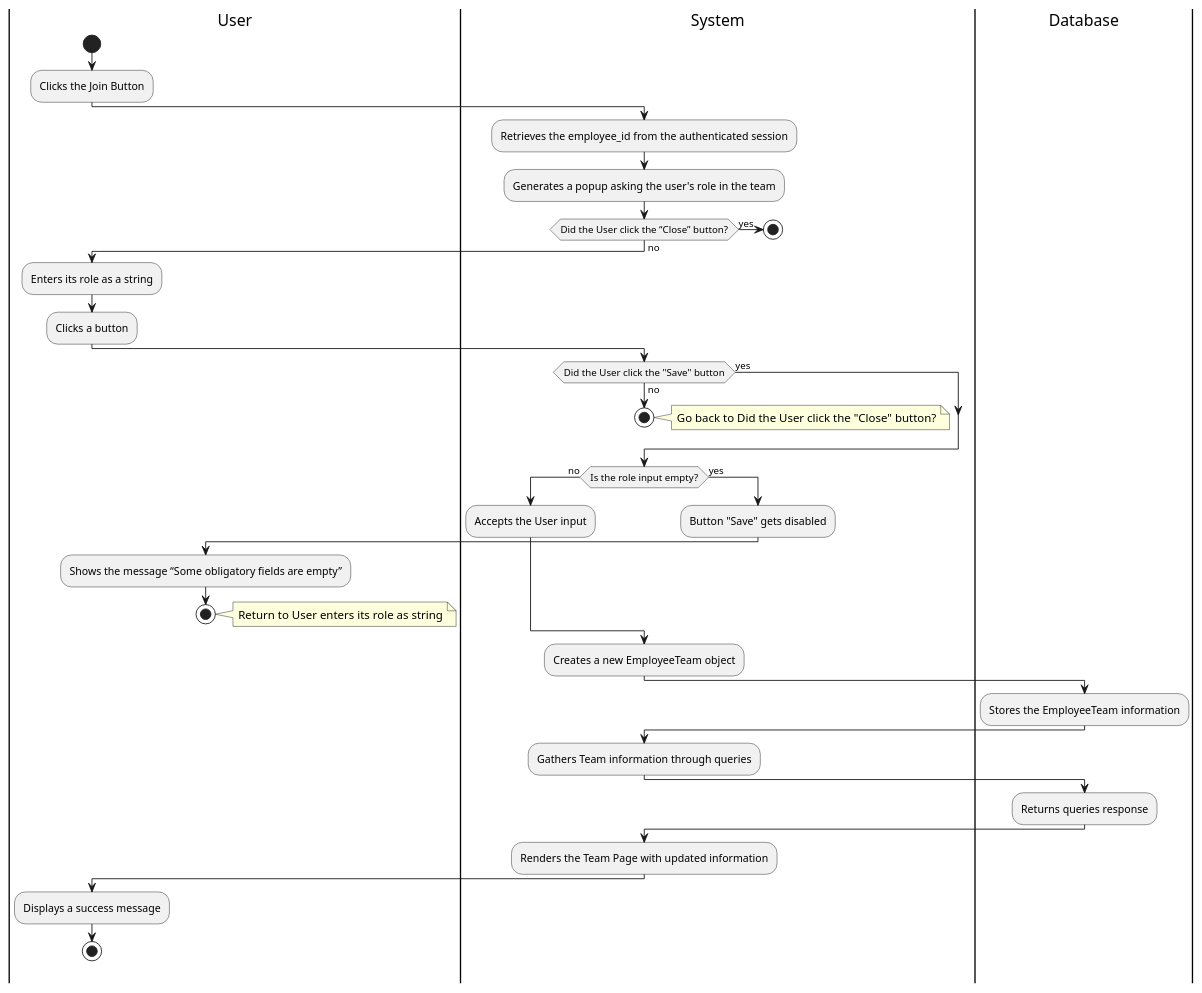
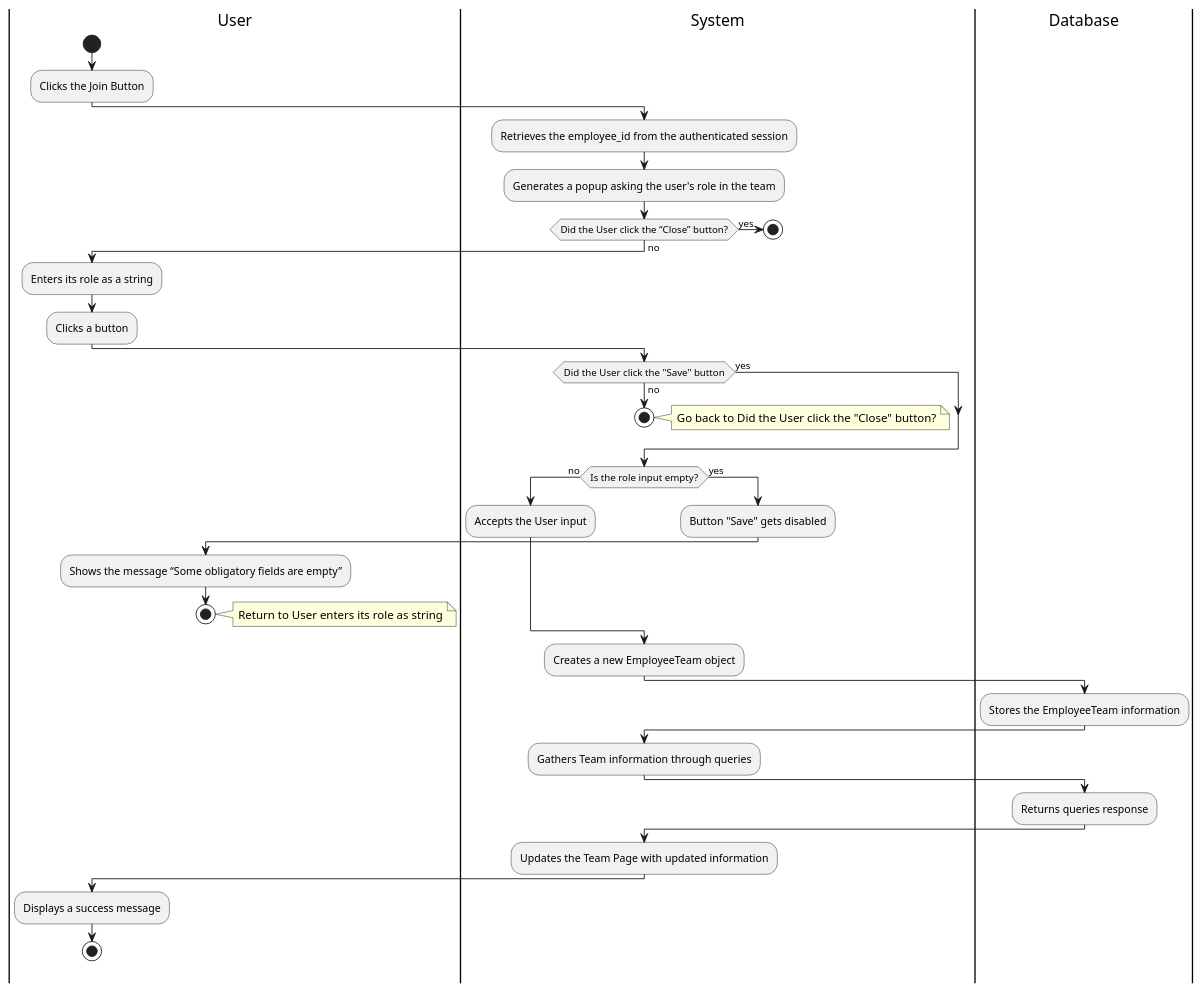
Before and after one commit to Berthou05/LimboSoftwareDevelopment_Change.org: the diagram in documentation/activity_diagrams/TEAM-06-01-ActivityDiagram.puml, drawn with PlantUML. The commit also changed 5 other files, not shown here.

```diff
--- a/documentation/activity_diagrams/TEAM-06-01-ActivityDiagram.puml
+++ b/documentation/activity_diagrams/TEAM-06-01-ActivityDiagram.puml
@@ -1,54 +1,54 @@
 @startuml
 |User|
 start
 :Clicks the Join Button;
 |System|
 :Retrieves the employee_id from the authenticated session;
 :Generates a popup asking the user's role in the team;
 |System|
 if(Did the User click the “Close” button?) is (yes) then
     stop
 else(no)
     |User|
     :Enters its role as a string;
     :Clicks a button;
     |System|
     if(Did the User click the "Save" button) is(yes) then
 
     else(no)
         stop
         note right
             Go back to Did the User click the "Close" button?
         end note
     end if
 
     |System|
     if(Is the role input empty?) is (no) then
     |System|
     :Accepts the User input;
 
     else(yes)
     |System|
     :Button "Save" gets disabled;
     |User|
     :Shows the message “Some obligatory fields are empty”;
     stop
     note right
         Return to User enters its role as string
     end note
 |System|
 end if
 
 :Creates a new EmployeeTeam object;
 |Database|
 :Stores the EmployeeTeam information;
 |System|
 :Gathers Team information through queries;
 |Database|
 :Returns queries response;
 |System|
-:Renders the Team Page with updated information;
+:Updates the Team Page with updated information;
 |User|
 :Displays a success message;
 stop
 @enduml
```
